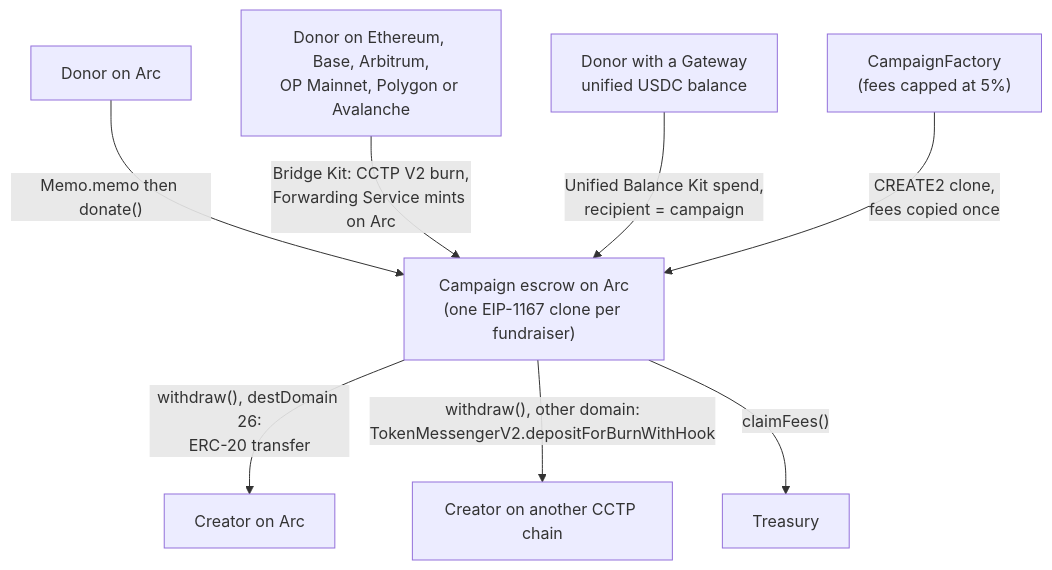
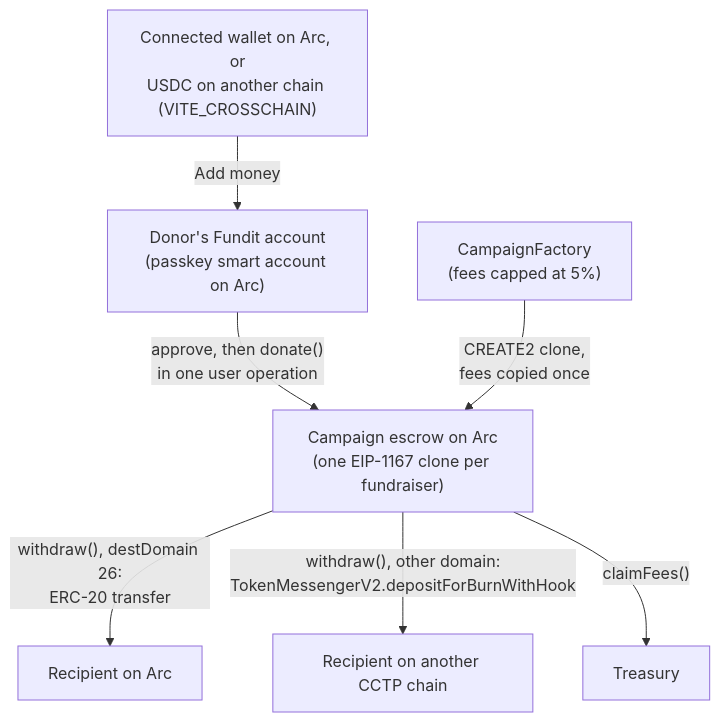
One commit to xanderslabs/Fundit changed the diagram in README.md. Above: the diagram before and after it, drawn with Mermaid. The commit also changed other lines of this file and 3 other files, not shown here.

````diff
--- a/README.md
+++ b/README.md
@@ -83,11 +79,10 @@
 ```mermaid
 flowchart TD
-    A["Donor on Arc"] -- "Memo.memo then donate()" --> C
-    B["Donor on Ethereum, Base, Arbitrum,<br/>OP Mainnet, Polygon or Avalanche"] -- "Bridge Kit: CCTP V2 burn,<br/>Forwarding Service mints on Arc" --> C
-    G["Donor with a Gateway<br/>unified USDC balance"] -- "Unified Balance Kit spend,<br/>recipient = campaign" --> C
+    W["Connected wallet on Arc, or<br/>USDC on another chain (VITE_CROSSCHAIN)"] -- "Add money" --> A
+    A["Donor's Fundit account<br/>(passkey smart account on Arc)"] -- "approve, then donate()<br/>in one user operation" --> C
     F["CampaignFactory<br/>(fees capped at 5%)"] -- "CREATE2 clone,<br/>fees copied once" --> C
     C["Campaign escrow on Arc<br/>(one EIP-1167 clone per fundraiser)"]
-    C -- "withdraw(), destDomain 26:<br/>ERC-20 transfer" --> R1["Creator on Arc"]
-    C -- "withdraw(), other domain:<br/>TokenMessengerV2.depositForBurnWithHook" --> R2["Creator on another CCTP chain"]
+    C -- "withdraw(), destDomain 26:<br/>ERC-20 transfer" --> R1["Recipient on Arc"]
+    C -- "withdraw(), other domain:<br/>TokenMessengerV2.depositForBurnWithHook" --> R2["Recipient on another CCTP chain"]
     C -- "claimFees()" --> T["Treasury"]
 ```
````
